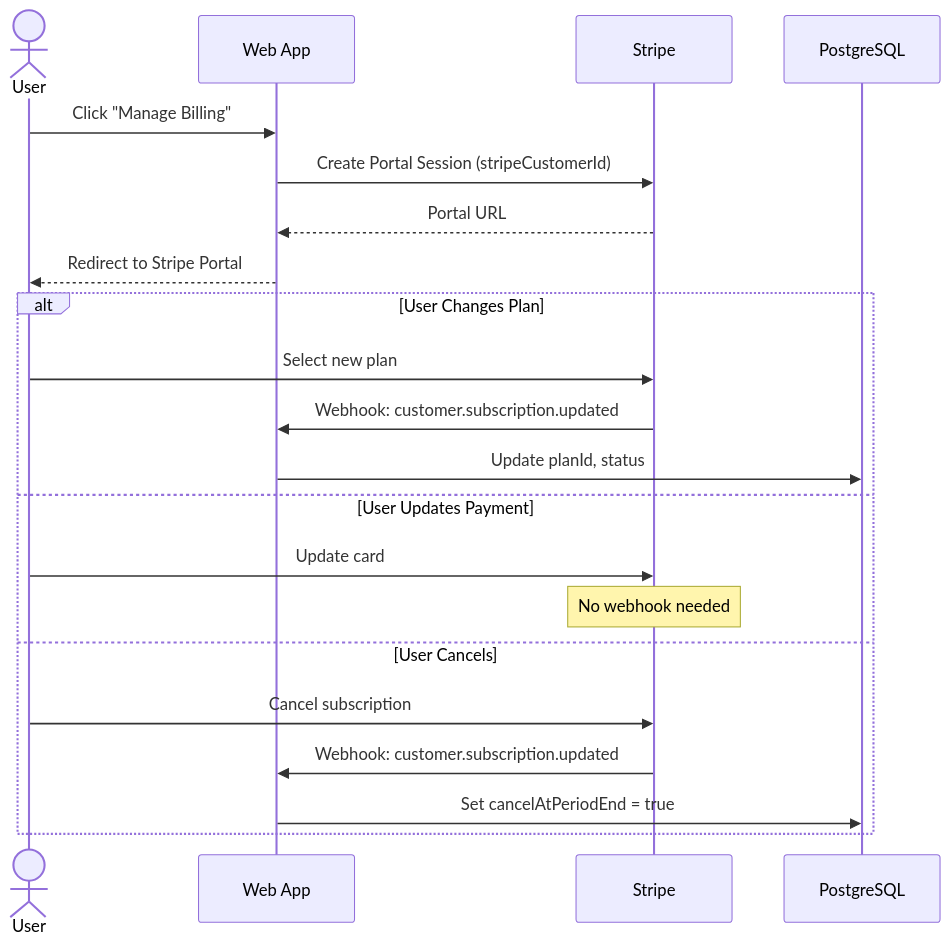
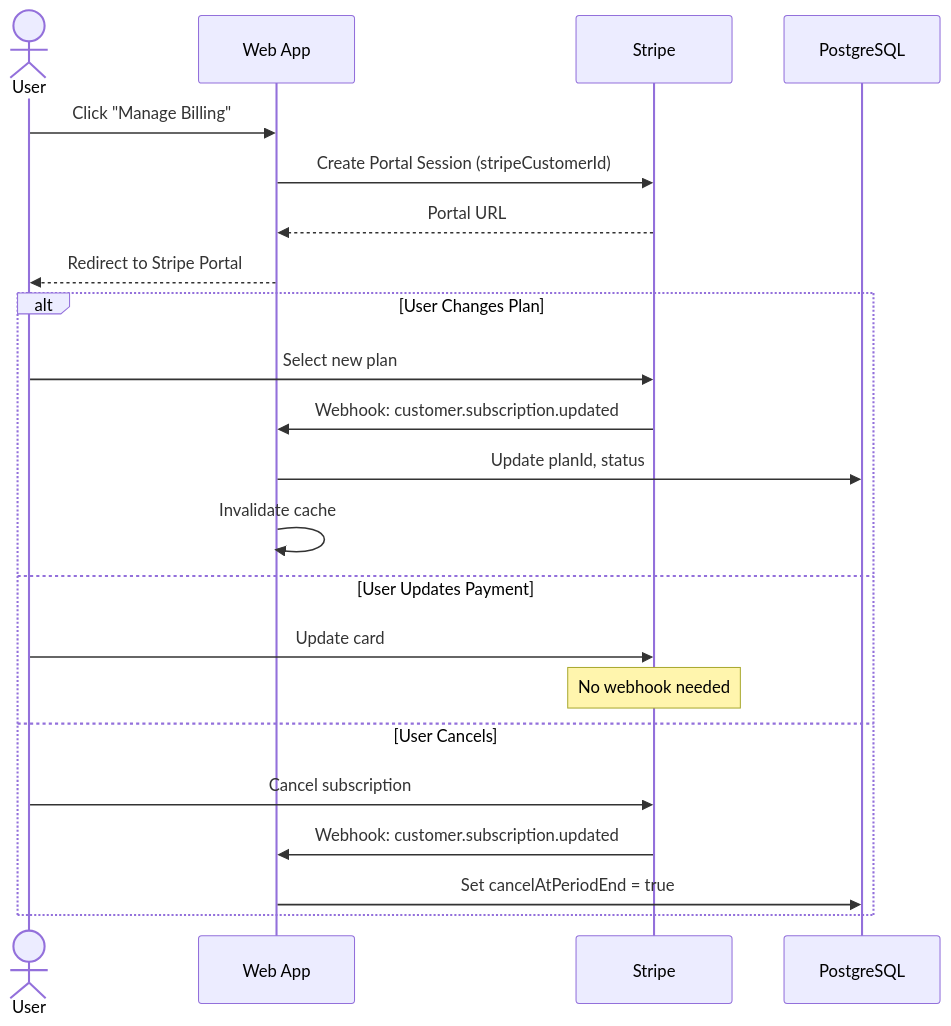
Before and after one commit to Tis1201/data_fs04: the fifth of 7 diagrams in docs/architecture/business/SUBSCRIPTIONS.md, drawn with Mermaid. The commit also changed other lines of this file, not shown here.

````diff
--- a/docs/architecture/business/SUBSCRIPTIONS.md
+++ b/docs/architecture/business/SUBSCRIPTIONS.md
@@ -221,25 +251,26 @@
 ```mermaid
 sequenceDiagram
     actor User
     participant Web as Web App
     participant Stripe
     participant DB as PostgreSQL
 
     User->>Web: Click "Manage Billing"
     Web->>Stripe: Create Portal Session (stripeCustomerId)
     Stripe-->>Web: Portal URL
     Web-->>User: Redirect to Stripe Portal
 
     alt User Changes Plan
         User->>Stripe: Select new plan
         Stripe->>Web: Webhook: customer.subscription.updated
         Web->>DB: Update planId, status
+        Web->>Web: Invalidate cache
     else User Updates Payment
         User->>Stripe: Update card
         Note over Stripe: No webhook needed
     else User Cancels
         User->>Stripe: Cancel subscription
         Stripe->>Web: Webhook: customer.subscription.updated
         Web->>DB: Set cancelAtPeriodEnd = true
     end
 ```
````
